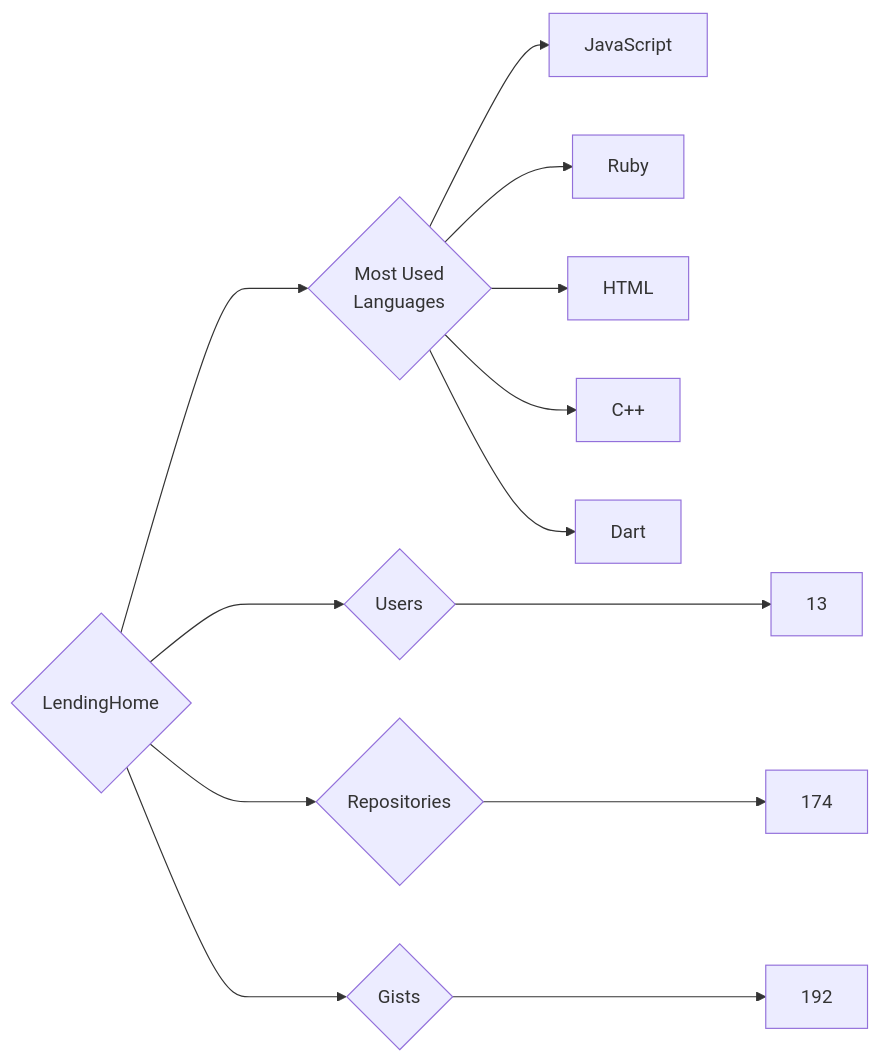
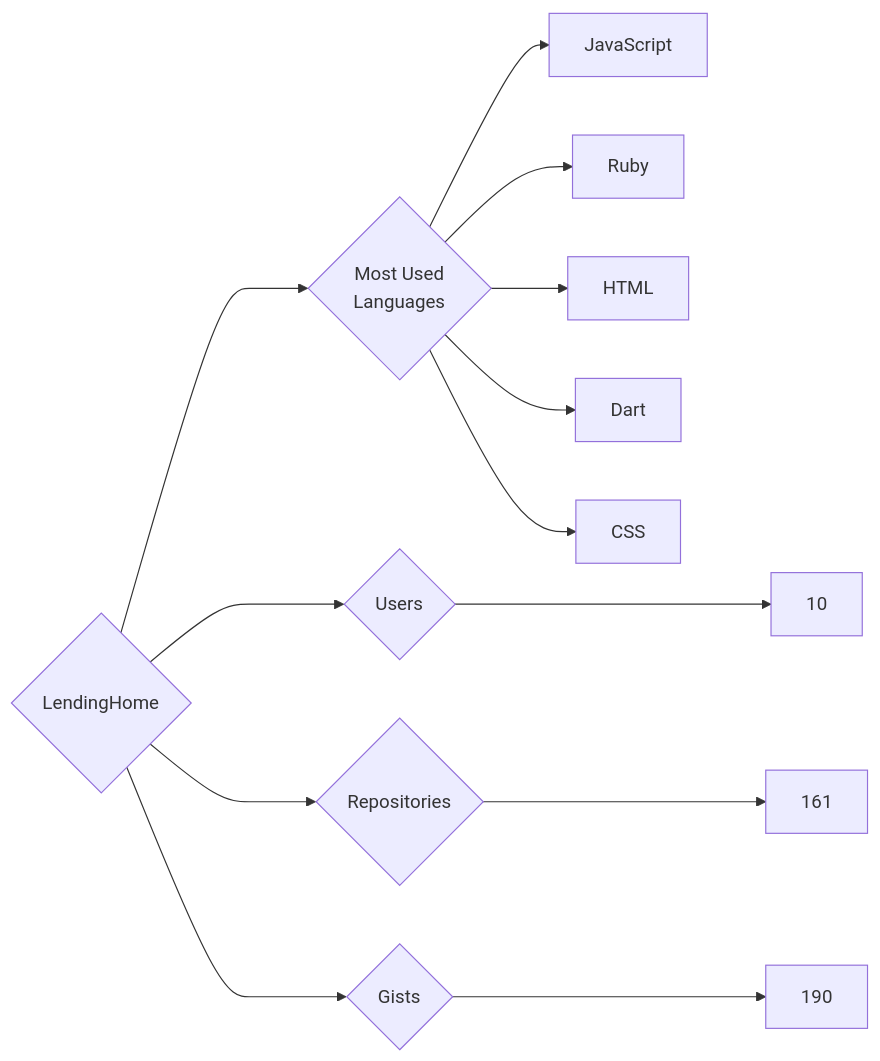
Before and after one commit to trickest/insiders: the diagram in targets/LendingHome/README.md, drawn with Mermaid. The commit also changed 1484 other files, not shown here.

````diff
--- a/targets/LendingHome/README.md
+++ b/targets/LendingHome/README.md
@@ -3,13 +3,13 @@
 ```mermaid
 graph LR
 COMPANY_NAME{LendingHome}
-COMPANY_NAME ---> U{Users} ---> UN[13]
-COMPANY_NAME ---> R{Repositories} ---> RN[174]
-COMPANY_NAME ---> G{Gists} ---> GN[192]
+COMPANY_NAME ---> U{Users} ---> UN[10]
+COMPANY_NAME ---> R{Repositories} ---> RN[161]
+COMPANY_NAME ---> G{Gists} ---> GN[190]
 COMPANY_NAME ---> ML{Most Used<br>Languages}
 ML --> JavaScript[JavaScript]
 ML --> Ruby[Ruby]
 ML --> HTML[HTML]
-ML --> C++[C++]
 ML --> Dart[Dart]
+ML --> CSS[CSS]
 ```
````
